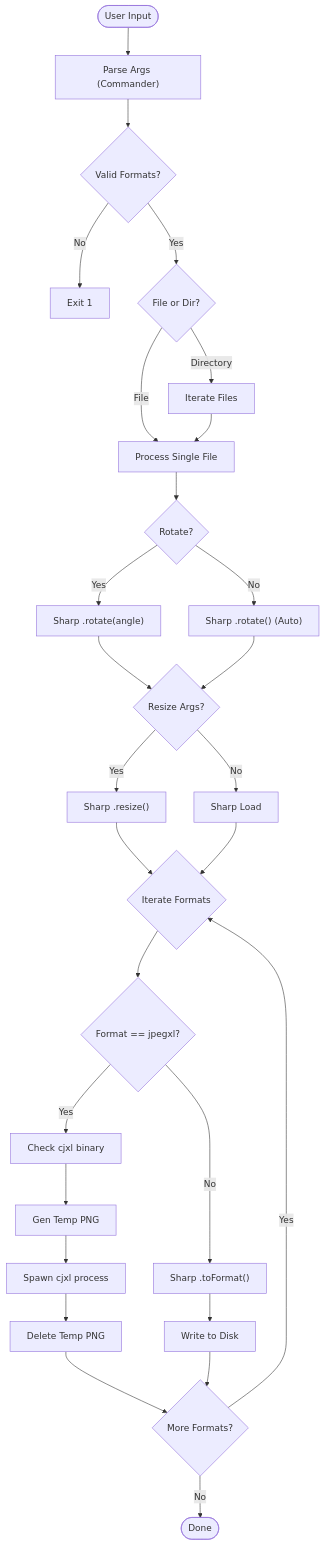
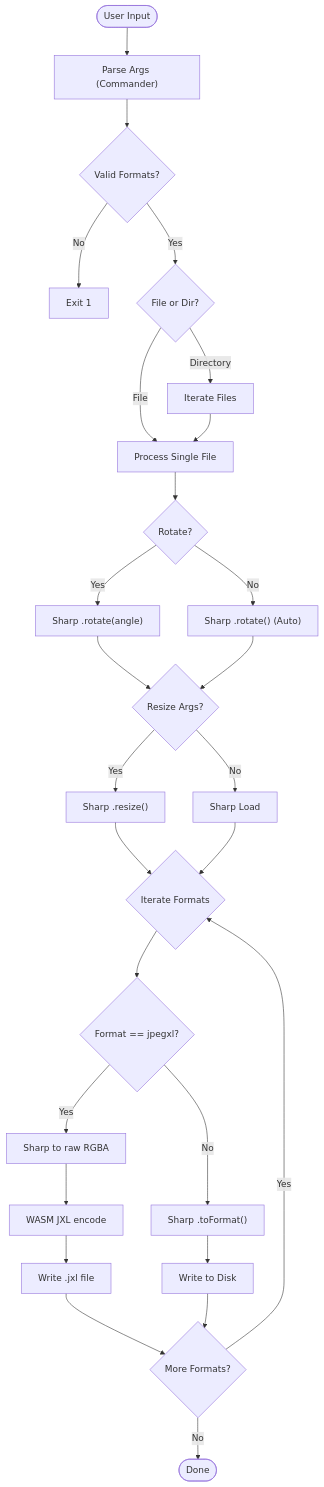
One commit to caraya/image-processor changed the diagram in EXPLAINER.md. Above: the diagram before and after it, drawn with Mermaid. The commit also changed other lines of this file and 7 other files, not shown here.

Commit message:
Switched JXL to @jsquash/wasm

````diff
--- a/EXPLAINER.md
+++ b/EXPLAINER.md
@@ -111,41 +117,40 @@
 ```mermaid
 graph TD
     Start([User Input]) --> Parse["Parse Args (Commander)"]
     Parse --> Validate{Valid Formats?}
     Validate -- No --> Error[Exit 1]
     Validate -- Yes --> Detect{File or Dir?}
 
     Detect -- Directory --> Loop[Iterate Files]
     Detect -- File --> Process[Process Single File]
     Loop --> Process
 
     Process --> Rotate{Rotate?}
     Rotate -- Yes --> SharpRotate["Sharp .rotate(angle)"]
     Rotate -- No --> SharpAutoOrient["Sharp .rotate() (Auto)"]
 
     SharpRotate --> Resize{Resize Args?}
     SharpAutoOrient --> Resize
 
     Resize -- Yes --> SharpResize["Sharp .resize()"]
     Resize -- No --> SharpLoad[Sharp Load]
 
     SharpResize --> FormatLoop{Iterate Formats}
     SharpLoad --> FormatLoop
 
     FormatLoop --> IsJXL{Format == jpegxl?}
 
     %% JXL Path
-    IsJXL -- Yes --> CheckCJXL[Check cjxl binary]
-    CheckCJXL --> GenTemp[Gen Temp PNG]
-    GenTemp --> SpawnCJXL[Spawn cjxl process]
-    SpawnCJXL --> CleanTemp[Delete Temp PNG]
-    CleanTemp --> Next
+    IsJXL -- Yes --> SharpRaw[Sharp to raw RGBA]
+    SharpRaw --> WasmEncode[WASM JXL encode]
+    WasmEncode --> WriteJXL[Write .jxl file]
+    WriteJXL --> Next
 
     %% Standard Path
     IsJXL -- No --> SharpConvert["Sharp .toFormat()"]
     SharpConvert --> Write[Write to Disk]
     Write --> Next
 
     Next{More Formats?} -- Yes --> FormatLoop
     Next -- No --> Finish([Done])
 ```
````
